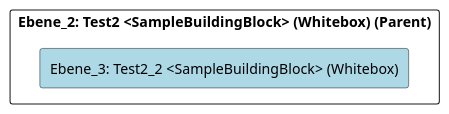
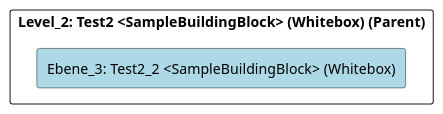
Before and after one commit to marcozwyssig/cleon: the diagram in src/cleon.architecturemethods.arc42.sample/doc/cleon_architecturemethods_arc42_sample_arc42/adoc/de/05_bausteinsicht/chess/test2/test2_2/ebene_3_test2_2.adoc, drawn with PlantUML. The commit also changed other lines of this file and 169 other files, not shown here.

```diff
--- a/src/cleon.architecturemethods.arc42.sample/doc/cleon_architecturemethods_arc42_sample_arc42/adoc/de/05_bausteinsicht/chess/test2/test2_2/ebene_3_test2_2.adoc
+++ b/src/cleon.architecturemethods.arc42.sample/doc/cleon_architecturemethods_arc42_sample_arc42/adoc/de/05_bausteinsicht/chess/test2/test2_2/ebene_3_test2_2.adoc
@@ -20,24 +20,24 @@
 [plantuml, Ebene_3: Test2_2 <SampleBuildingBlock> (Whitebox)BlockOverview, format="svg"]
 ----
 @startuml Ebene_3: Test2_2 <SampleBuildingBlock> (Whitebox)BuildingBlockOverview
 
 skinparam ranksep 10
 skinparam componentStyle rectangle
 skinparam shadowing false
 skinparam arrowColor lightblue
 skinparam arrowThickness 1.2
 skinparam rectangle {
   BackgroundColor White
   BorderColor #333
   RoundCorner 10
 }
 top to bottom direction
 
-component "Ebene_2: Test2 <SampleBuildingBlock> (Whitebox) (Parent)" {
+component "Level_2: Test2 <SampleBuildingBlock> (Whitebox) (Parent)" {
     component "Ebene_3: Test2_2 <SampleBuildingBlock> (Whitebox)" #lightblue {
     }
 
 }
 
 @enduml
 ----
```
